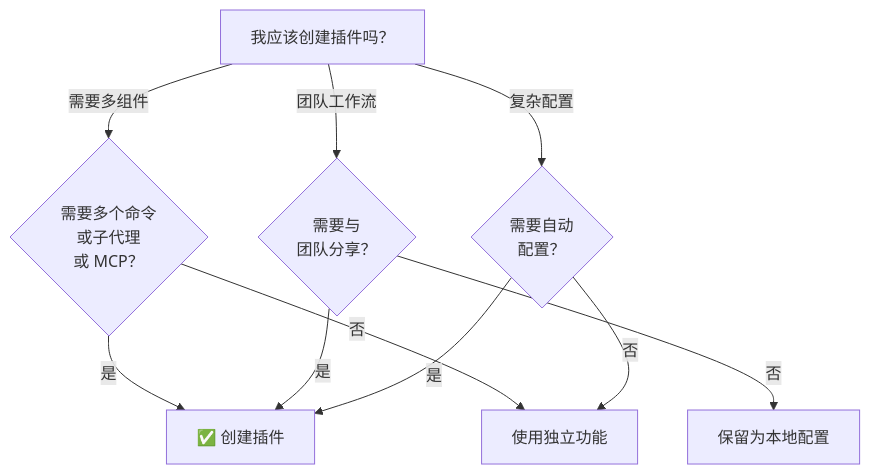
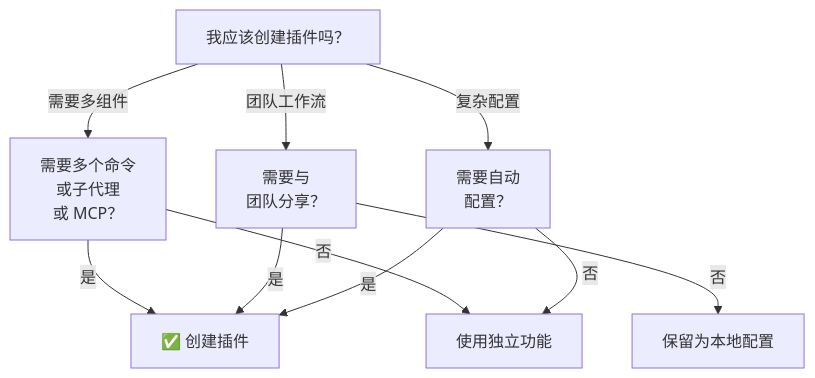
Before and after one commit to Rx782-Fss/claude-howto-zh: the fifth of 5 diagrams in 07-plugins/README.md, drawn with Mermaid. The commit also changed 3 other files, not shown here.

Commit message:
fix: 将所有 Mermaid 菱形节点{}中文改为方形[]避免 GitHub Parse error (10处)

````diff
--- a/07-plugins/README.md
+++ b/07-plugins/README.md
@@ -639,13 +639,13 @@
 ```mermaid
 graph TD
     A["我应该创建插件吗？"]
-    A -->|需要多组件| B{"需要多个命令<br/>或子代理<br/>或 MCP？"}
+    A -->|需要多组件| B["需要多个命令<br/>或子代理<br/>或 MCP？"]
     B -->|是| C["✅ 创建插件"]
     B -->|否| D["使用独立功能"]
-    A -->|团队工作流| E{"需要与<br/>团队分享？"}
+    A -->|团队工作流| E["需要与<br/>团队分享？"]
     E -->|是| C
     E -->|否| F["保留为本地配置"]
-    A -->|复杂配置| G{"需要自动<br/>配置？"}
+    A -->|复杂配置| G["需要自动<br/>配置？"]
     G -->|是| C
     G -->|否| D
 ```
````
